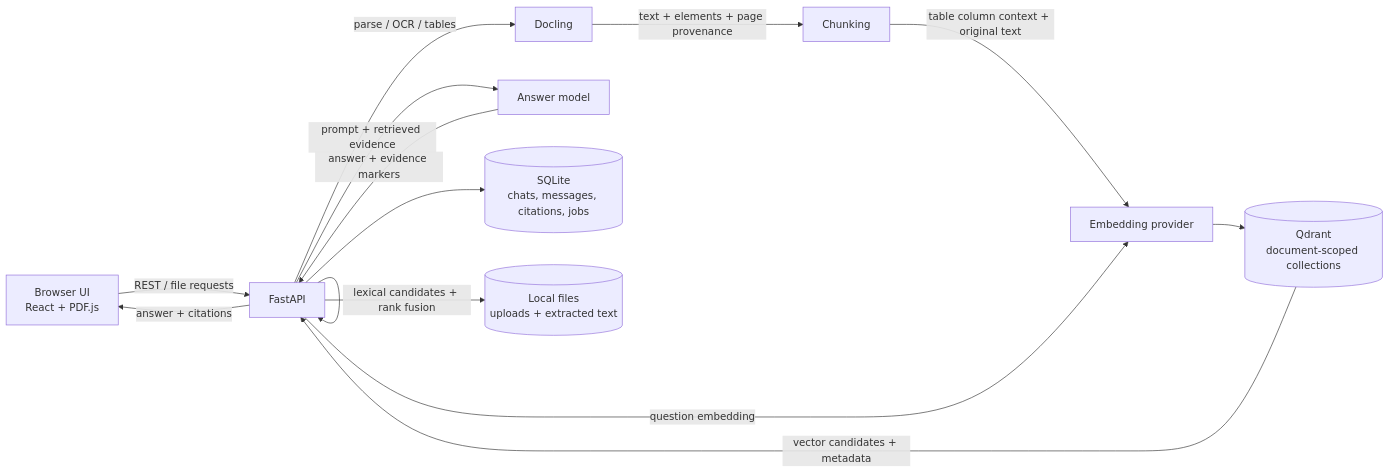
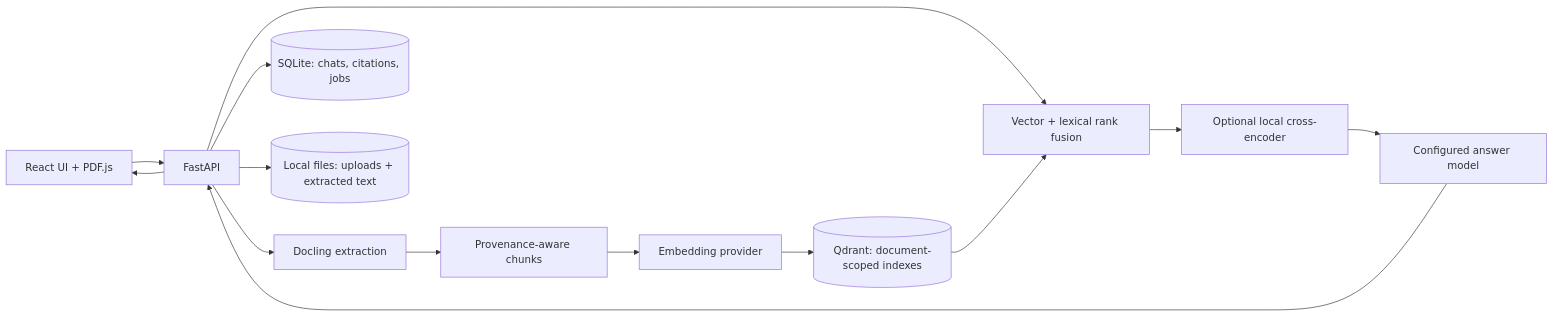
The diagram in README.md (AkshayKumarBolusani/Cognora-AI), drawn with Mermaid before and after one commit. The commit also changed other lines of this file and 18 other files, not shown here.

````diff
--- a/README.md
+++ b/README.md
@@ -65,16 +40,16 @@
 ```mermaid
 flowchart LR
-    U[Browser UI<br/>React + PDF.js] -->|REST / file requests| API[FastAPI]
-    API -->|parse / OCR / tables| DOC[Docling]
-    DOC -->|text + elements + page provenance| CHUNK[Chunking]
-    CHUNK -->|table column context + original text| EMB[Embedding provider]
-    EMB --> Q[(Qdrant<br/>document-scoped collections)]
-    API -->|question embedding| EMB
-    Q -->|vector candidates + metadata| API
-    API -->|lexical candidates + rank fusion| API
-    API -->|prompt + retrieved evidence| LLM[Answer model]
-    LLM -->|answer + evidence markers| API
-    API --> DB[(SQLite<br/>chats, messages, citations, jobs)]
-    API --> STORE[(Local files<br/>uploads + extracted text)]
-    API -->|answer + citations| U
+    UI[React UI + PDF.js] --> API[FastAPI]
+    API --> PARSE[Docling extraction]
+    PARSE --> CHUNK[Provenance-aware chunks]
+    CHUNK --> EMB[Embedding provider]
+    EMB --> Q[(Qdrant: document-scoped indexes)]
+    API --> HYBRID[Vector + lexical rank fusion]
+    Q --> HYBRID
+    HYBRID --> RERANK[Optional local cross-encoder]
+    RERANK --> LLM[Configured answer model]
+    LLM --> API
+    API --> DB[(SQLite: chats, citations, jobs)]
+    API --> FILES[(Local files: uploads + extracted text)]
+    API --> UI
 ```
````
